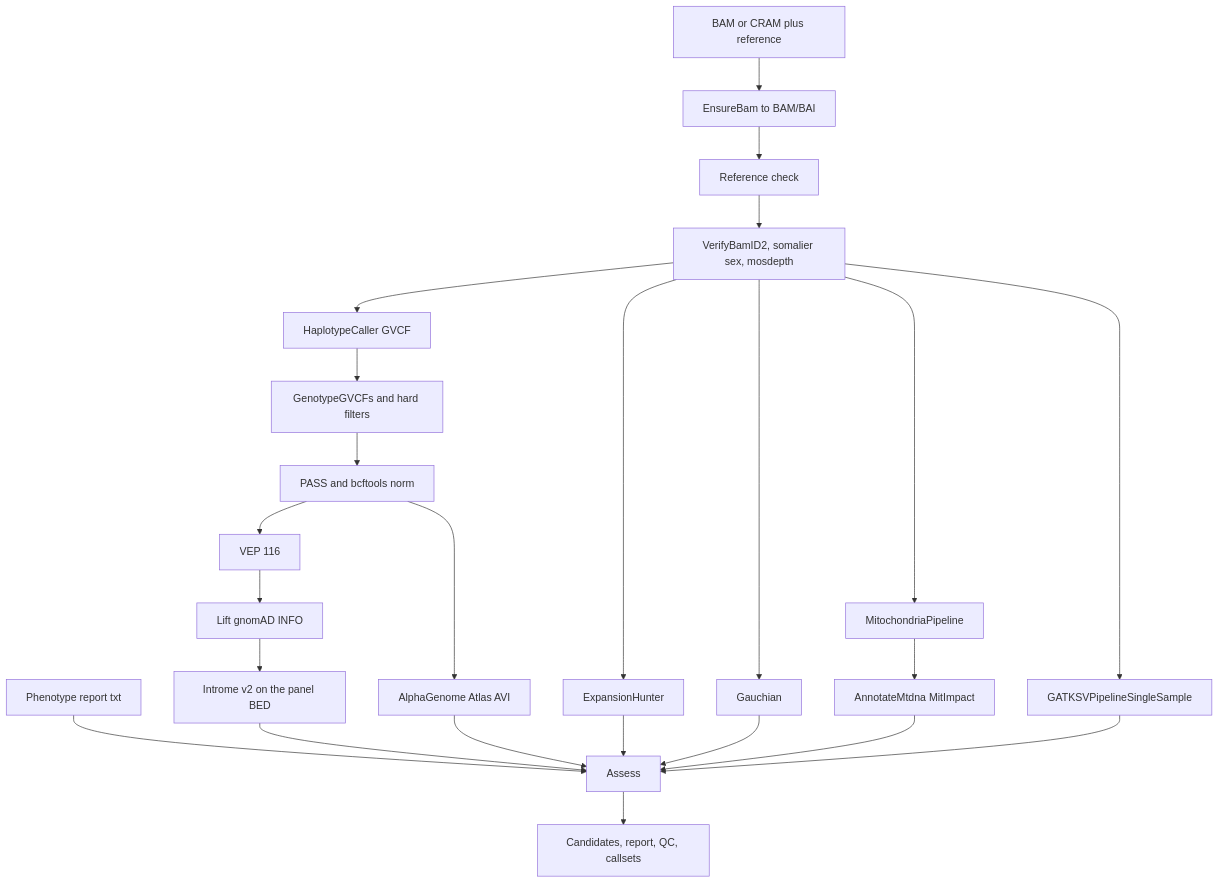
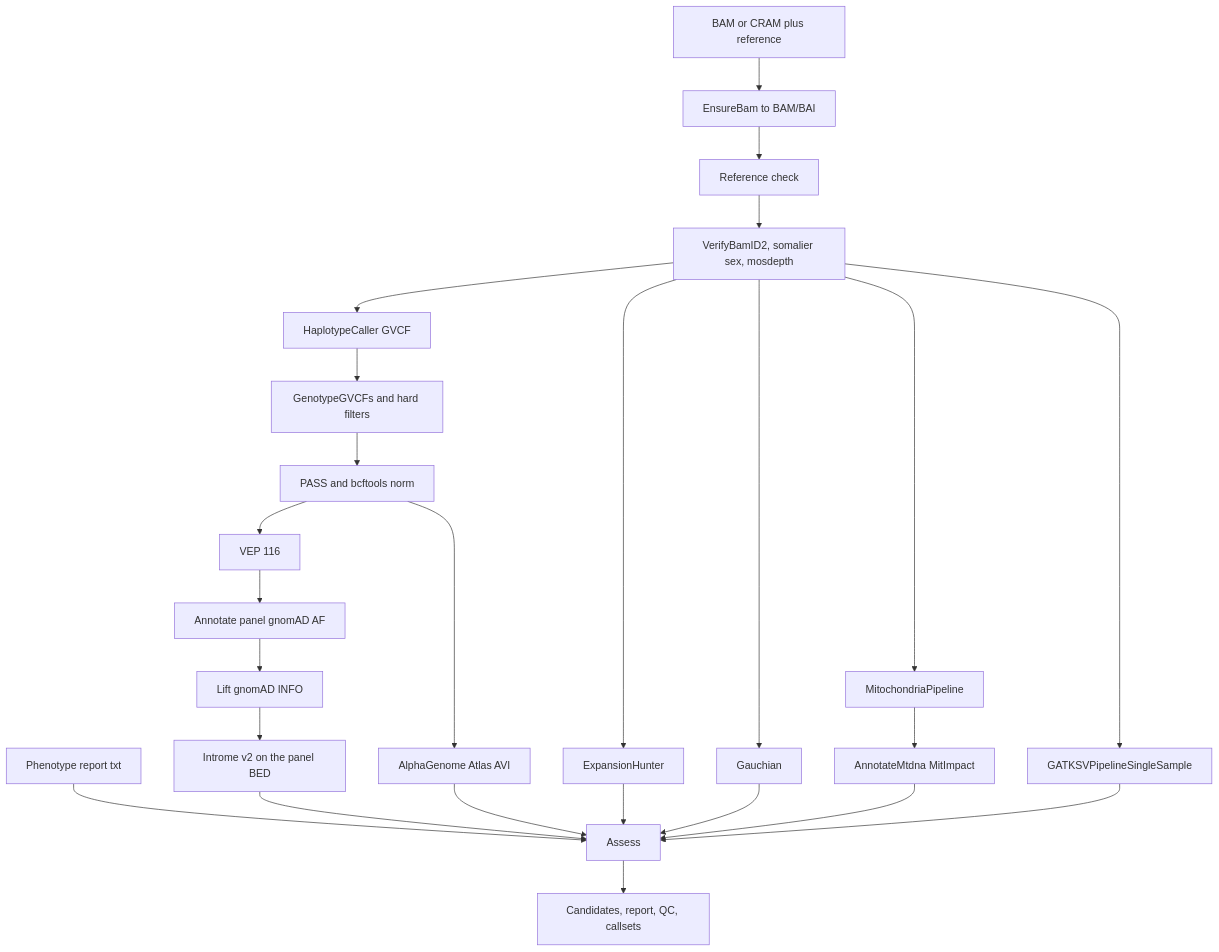
One commit to gqworks/pdsample-terra changed the diagram in README.md. Above: the diagram before and after it, drawn with Mermaid. The commit also changed other lines of this file and 13 other files, not shown here.

First line of the commit message:
Annotate panel alleles with complete gnomAD v4.1 joint AF.

````diff
--- a/README.md
+++ b/README.md
@@ -5,26 +5,27 @@
 ```mermaid
 flowchart TD
   bam[BAM or CRAM plus reference] --> ensure[EnsureBam to BAM/BAI]
   ensure --> check[Reference check]
   check --> qc[VerifyBamID2, somalier sex, mosdepth]
   qc --> hc[HaplotypeCaller GVCF]
   hc --> gt[GenotypeGVCFs and hard filters]
   gt --> norm[PASS and bcftools norm]
   norm --> vep[VEP 116]
-  vep --> lift[Lift gnomAD INFO]
+  vep --> gnomadAf[Annotate panel gnomAD AF]
+  gnomadAf --> lift[Lift gnomAD INFO]
   lift --> introme[Introme v2 on the panel BED]
   norm --> avi[AlphaGenome Atlas AVI]
   qc --> eh[ExpansionHunter]
   qc --> gba[Gauchian]
   qc --> mito[MitochondriaPipeline]
   mito --> mitoAnn[AnnotateMtdna MitImpact]
   qc --> gatksv[GATKSVPipelineSingleSample]
   pheno[Phenotype report txt] --> assess[Assess]
   introme --> assess
   avi --> assess
   eh --> assess
   gba --> assess
   mitoAnn --> assess
   gatksv --> assess
   assess --> row[Candidates, report, QC, callsets]
 ```
````
